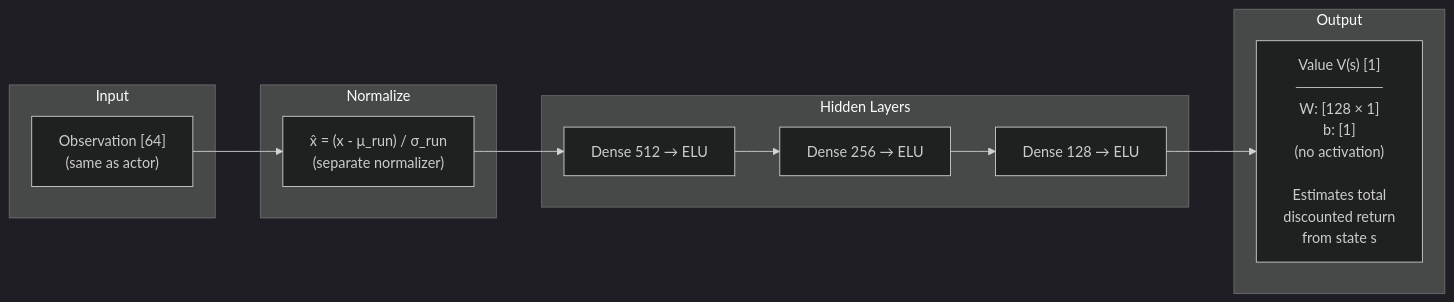
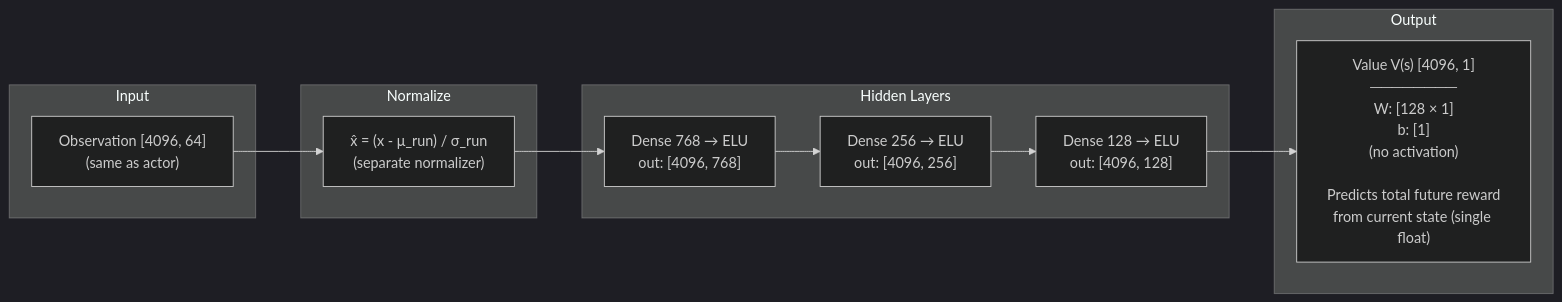
One commit to armmarov/armrobot changed the third of 9 diagrams in docs/PPO_NETWORK.md. Above: the diagram before and after it, drawn with Mermaid (dark theme). The commit also changed other lines of this file and 8 other files, not shown here.

````diff
--- a/docs/PPO_NETWORK.md
+++ b/docs/PPO_NETWORK.md
@@ -96,22 +99,22 @@
 ```mermaid
 flowchart LR
     subgraph INPUT2["Input"]
-        I2["Observation [64]<br/>(same as actor)"]
+        I2["Observation [4096, 64]<br/>(same as actor)"]
     end
 
     subgraph NORMALIZE2["Normalize"]
         N2["x̂ = (x - μ_run) / σ_run<br/>(separate normalizer)"]
     end
 
     subgraph HIDDEN2["Hidden Layers"]
-        H2_1["Dense 512 → ELU"]
-        H2_2["Dense 256 → ELU"]
-        H2_3["Dense 128 → ELU"]
+        H2_1["Dense 768 → ELU<br/>out: [4096, 768]"]
+        H2_2["Dense 256 → ELU<br/>out: [4096, 256]"]
+        H2_3["Dense 128 → ELU<br/>out: [4096, 128]"]
     end
 
     subgraph OUTPUT2["Output"]
-        V["Value V(s) [1]<br/>────────<br/>W: [128 × 1]<br/>b: [1]<br/>(no activation)<br/><br/>Estimates total<br/>discounted return<br/>from state s"]
+        V["Value V(s) [4096, 1]<br/>────────<br/>W: [128 × 1]<br/>b: [1]<br/>(no activation)<br/><br/>Predicts total future reward<br/>from current state (single float)"]
     end
 
     I2 --> N2 --> H2_1 --> H2_2 --> H2_3 --> V
 ```
````
